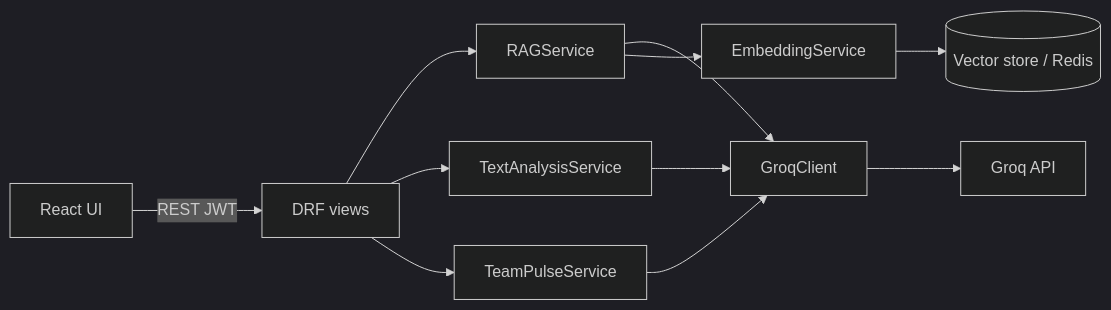
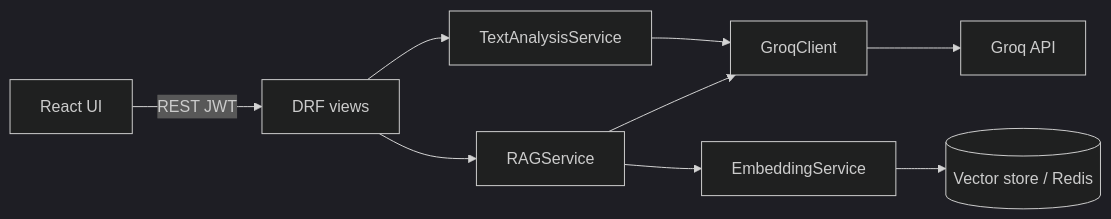
The diagram in docs/ai-module.md (engjiosmani/collabai-project-management), drawn with Mermaid (dark theme) before and after one commit. The commit also changed other lines of this file and 38 other files, not shown here.

Commit message:
Remove Team Pulse and GitHub integration modules

````diff
--- a/docs/ai-module.md
+++ b/docs/ai-module.md
@@ -7,13 +7,11 @@
 ```mermaid
 flowchart LR
     FE[React UI] -->|REST JWT| API[DRF views]
     API --> RAG[RAGService]
     API --> TA[TextAnalysisService]
-    API --> TP[TeamPulseService]
     RAG --> LLM[GroqClient]
     TA --> LLM
-    TP --> LLM
     RAG --> EMB[EmbeddingService]
     EMB --> VS[(Vector store / Redis)]
     LLM --> GROQ[Groq API]
 ```
````
